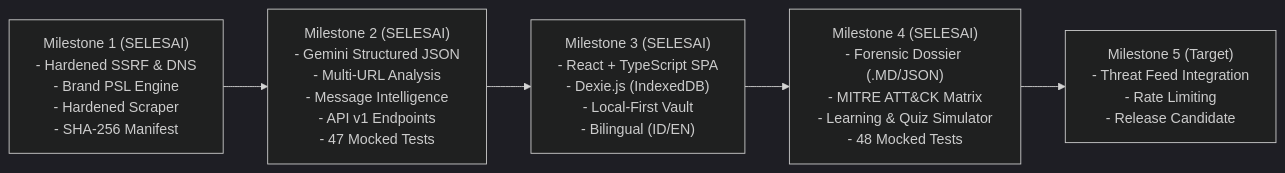
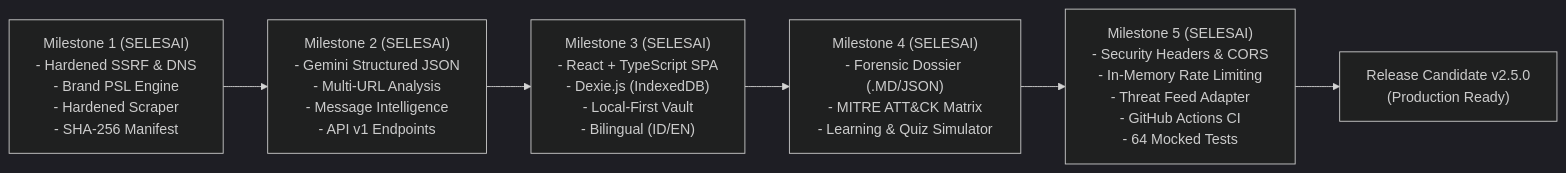
Before and after one commit to ChoqySirait/Chatbot: the second of 2 diagrams in README.md, drawn with Mermaid (dark theme). The commit also changed other lines of this file and 5 other files, not shown here.

Commit message:
ci: add GitHub Actions workflow, benchmark evaluation suite, & RC documentation (MS-5.3)

````diff
--- a/README.md
+++ b/README.md
@@ -215,10 +220,11 @@
 ```mermaid
 flowchart LR
     M1["Milestone 1 (SELESAI)\n- Hardened SSRF & DNS\n- Brand PSL Engine\n- Hardened Scraper\n- SHA-256 Manifest"]
-    M2["Milestone 2 (SELESAI)\n- Gemini Structured JSON\n- Multi-URL Analysis\n- Message Intelligence\n- API v1 Endpoints\n- 47 Mocked Tests"]
+    M2["Milestone 2 (SELESAI)\n- Gemini Structured JSON\n- Multi-URL Analysis\n- Message Intelligence\n- API v1 Endpoints"]
     M3["Milestone 3 (SELESAI)\n- React + TypeScript SPA\n- Dexie.js (IndexedDB)\n- Local-First Vault\n- Bilingual (ID/EN)"]
-    M4["Milestone 4 (SELESAI)\n- Forensic Dossier (.MD/JSON)\n- MITRE ATT&CK Matrix\n- Learning & Quiz Simulator\n- 48 Mocked Tests"]
-    M5["Milestone 5 (Target)\n- Threat Feed Integration\n- Rate Limiting\n- Release Candidate"]
+    M4["Milestone 4 (SELESAI)\n- Forensic Dossier (.MD/JSON)\n- MITRE ATT&CK Matrix\n- Learning & Quiz Simulator"]
+    M5["Milestone 5 (SELESAI)\n- Security Headers & CORS\n- In-Memory Rate Limiting\n- Threat Feed Adapter\n- GitHub Actions CI\n- 64 Mocked Tests"]
+    RC["Release Candidate v2.5.0\n(Production Ready)"]
 
-    M1 --> M2 --> M3 --> M4 --> M5
+    M1 --> M2 --> M3 --> M4 --> M5 --> RC
 ```
````
